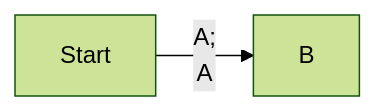
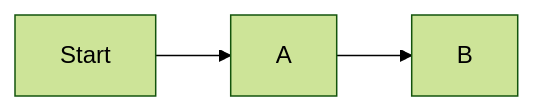
Before and after one commit to mikiya09/ComSci: the diagram in database/relationalDatabase_2.md, drawn with Mermaid (forest theme).

````diff
--- a/database/relationalDatabase_2.md
+++ b/database/relationalDatabase_2.md
@@ -39,5 +39,5 @@
 ```mermaid
 flowchart LR 
-    s[Start] -- A;
+    s[Start] --> A;
     A --> B;
 ```
````
